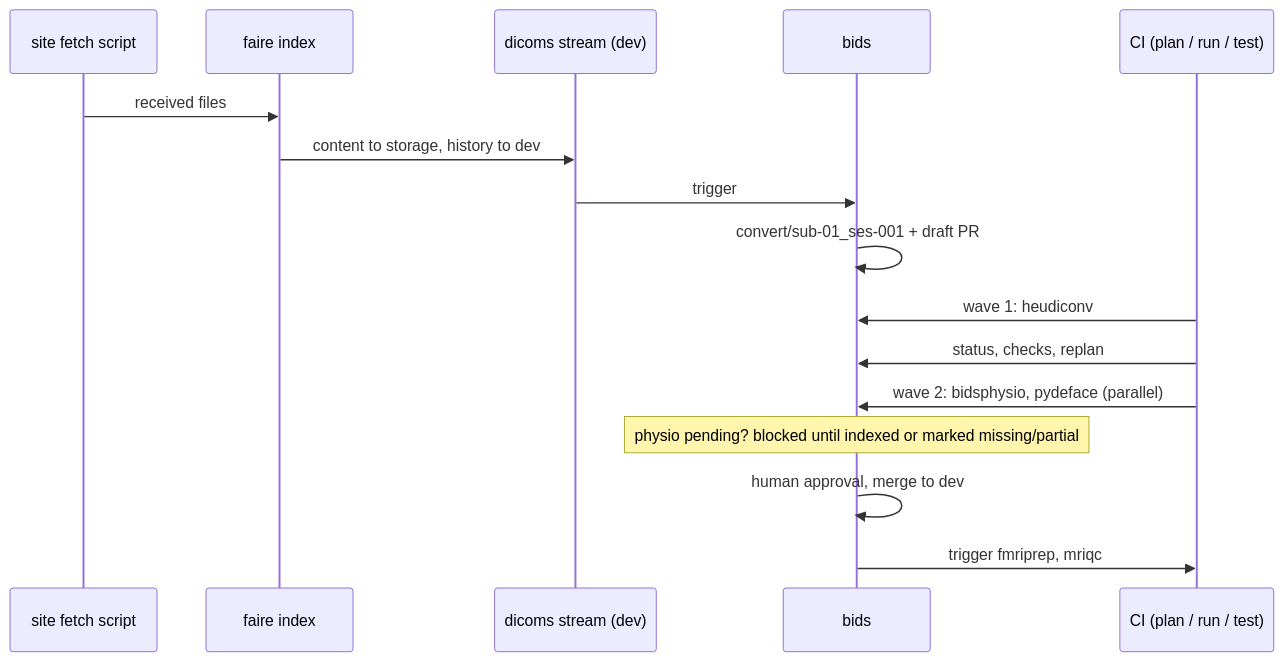
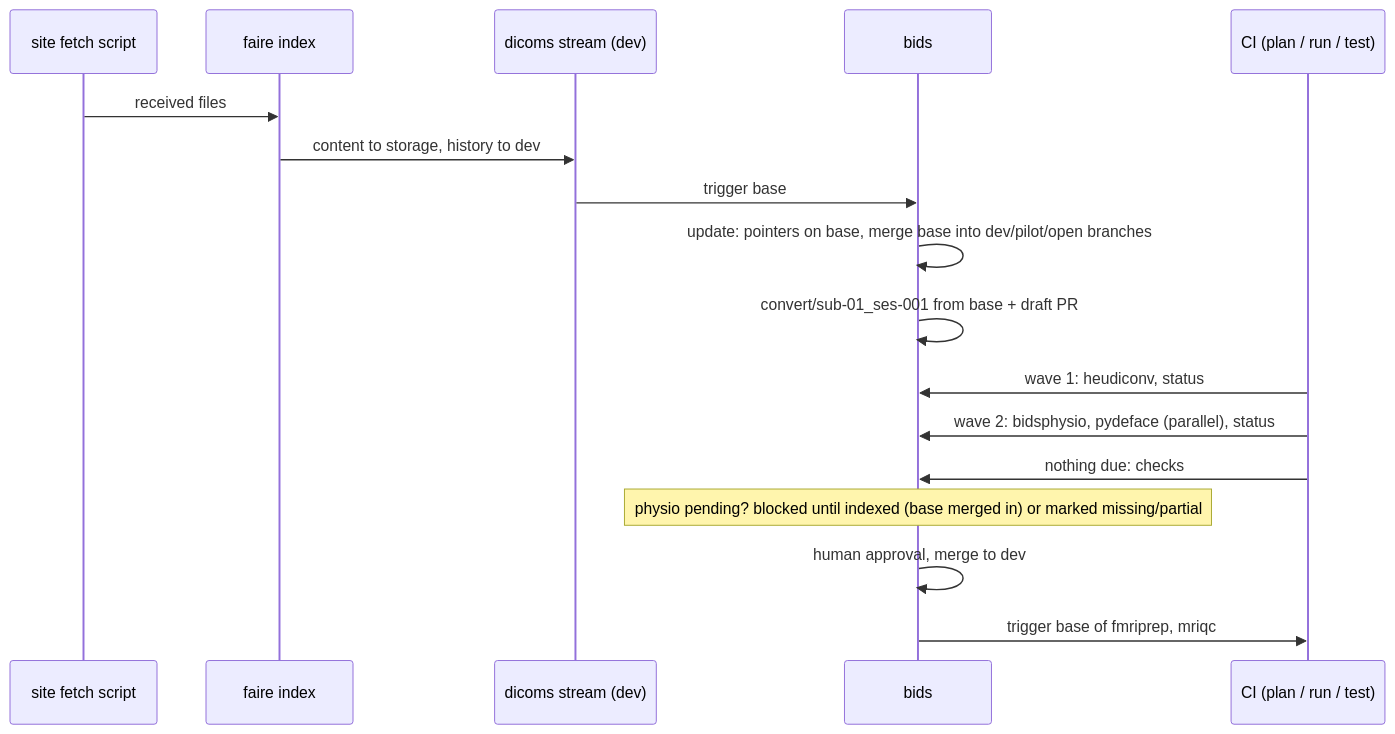
The second of 3 diagrams in openspec/changes/madmp-dataops-foundation/diagrams.md (neurofedr8/faire), drawn with Mermaid before and after one commit. The commit also changed other lines of this file and 8 other files, not shown here.

````diff
--- a/openspec/changes/madmp-dataops-foundation/diagrams.md
+++ b/openspec/changes/madmp-dataops-foundation/diagrams.md
@@ -21,18 +20,19 @@
 ```mermaid
 sequenceDiagram
   participant Site as site fetch script
   participant Idx as faire index
   participant Str as dicoms stream (dev)
   participant B as bids
   participant CI as CI (plan / run / test)
   Site->>Idx: received files
   Idx->>Str: content to storage, history to dev
-  Str->>B: trigger
-  B->>B: convert/sub-01_ses-001 + draft PR
-  CI->>B: wave 1: heudiconv
-  CI->>B: status, checks, replan
-  CI->>B: wave 2: bidsphysio, pydeface (parallel)
-  Note over B: physio pending? blocked until indexed or marked missing/partial
+  Str->>B: trigger base
+  B->>B: update: pointers on base, merge base into dev/pilot/open branches
+  B->>B: convert/sub-01_ses-001 from base + draft PR
+  CI->>B: wave 1: heudiconv, status
+  CI->>B: wave 2: bidsphysio, pydeface (parallel), status
+  CI->>B: nothing due: checks
+  Note over B: physio pending? blocked until indexed (base merged in) or marked missing/partial
   B->>B: human approval, merge to dev
-  B->>CI: trigger fmriprep, mriqc
+  B->>CI: trigger base of fmriprep, mriqc
 ```
````
